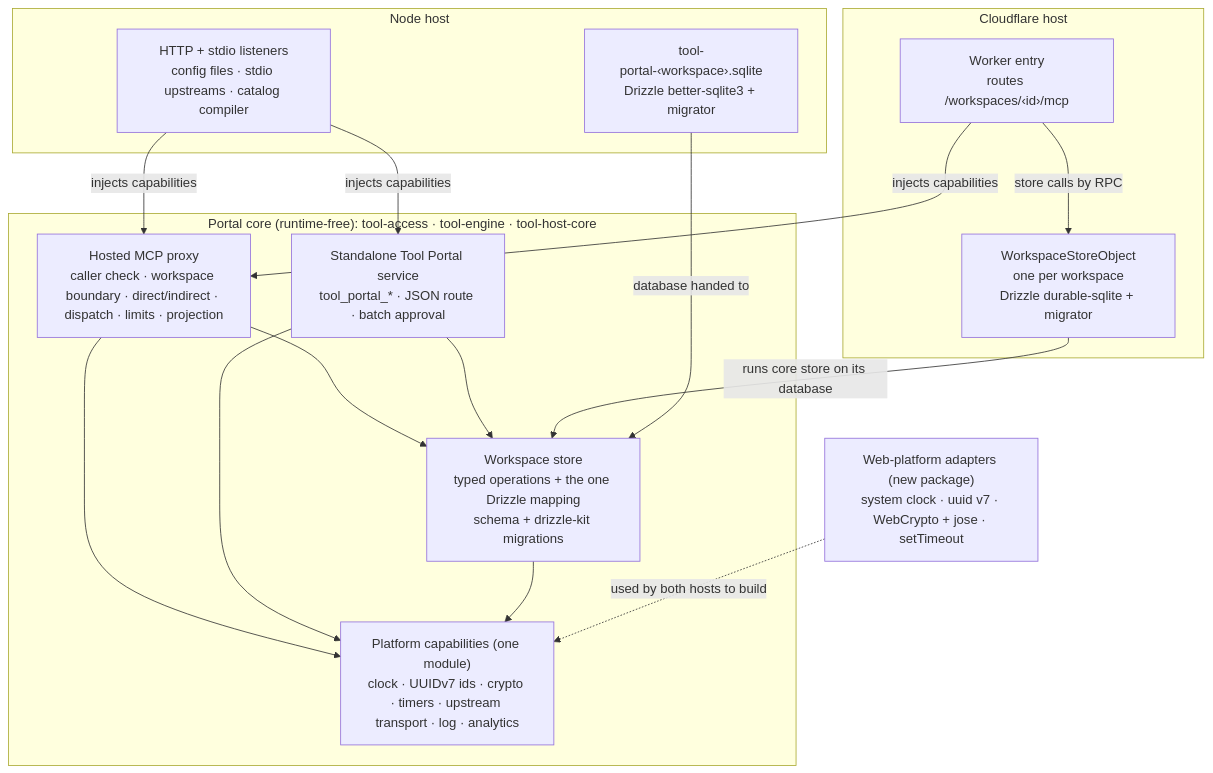
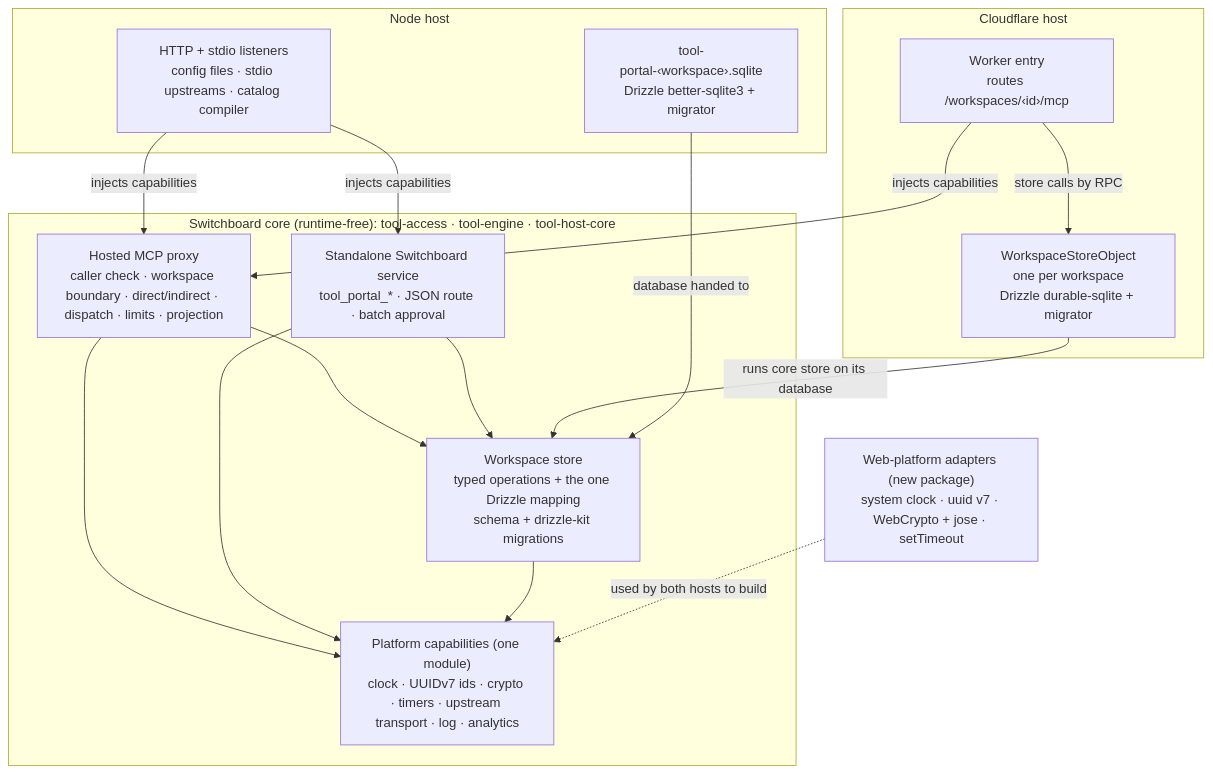
The first of 5 diagrams in docs/specs/2026-10-24-tool-portal-remediation/program-design.md (ShravanSunder/agent-vm), drawn with Mermaid before and after one commit. The commit also changed other lines of this file and 61 other files, not shown here.

Commit message:
OD12 decided (owner, 2026-10-28): the Tool Portal is named Switchboard across the current design sets and pages; code spans, quotes and older documents unchanged; renamed heading anchors and an old remediation link repaired

````diff
--- a/docs/specs/2026-10-24-tool-portal-remediation/program-design.md
+++ b/docs/specs/2026-10-24-tool-portal-remediation/program-design.md
@@ -9,30 +9,30 @@
 ```mermaid
 flowchart TB
-  subgraph CORE["Portal core (runtime-free): tool-access · tool-engine · tool-host-core"]
+  subgraph CORE["Switchboard core (runtime-free): tool-access · tool-engine · tool-host-core"]
     PROXY["Hosted MCP proxy<br/>caller check · workspace boundary · direct/indirect · dispatch · limits · projection"]
-    STANDALONE["Standalone Tool Portal service<br/>tool_portal_* · JSON route · batch approval"]
+    STANDALONE["Standalone Switchboard service<br/>tool_portal_* · JSON route · batch approval"]
     STORE["Workspace store<br/>typed operations + the one Drizzle mapping<br/>schema + drizzle-kit migrations"]
     CAPS["Platform capabilities (one module)<br/>clock · UUIDv7 ids · crypto · timers · upstream transport · log · analytics"]
     PROXY --> STORE
     STANDALONE --> STORE
     PROXY --> CAPS
     STANDALONE --> CAPS
     STORE --> CAPS
   end
   WEB["Web-platform adapters (new package)<br/>system clock · uuid v7 · WebCrypto + jose · setTimeout"]
   subgraph CF["Cloudflare host"]
     WORKER["Worker entry<br/>routes /workspaces/‹id›/mcp"]
     DO["WorkspaceStoreObject<br/>one per workspace<br/>Drizzle durable-sqlite + migrator"]
   end
   subgraph NODE["Node host"]
     LISTEN["HTTP + stdio listeners<br/>config files · stdio upstreams · catalog compiler"]
     FILE["tool-portal-‹workspace›.sqlite<br/>Drizzle better-sqlite3 + migrator"]
   end
   WORKER -->|"injects capabilities"| PROXY
   WORKER -->|"store calls by RPC"| DO
   DO -->|"runs core store on its database"| STORE
   LISTEN -->|"injects capabilities"| PROXY
   LISTEN -->|"injects capabilities"| STANDALONE
   FILE -->|"database handed to"| STORE
   WEB -.->|"used by both hosts to build"| CAPS
 ```
````
